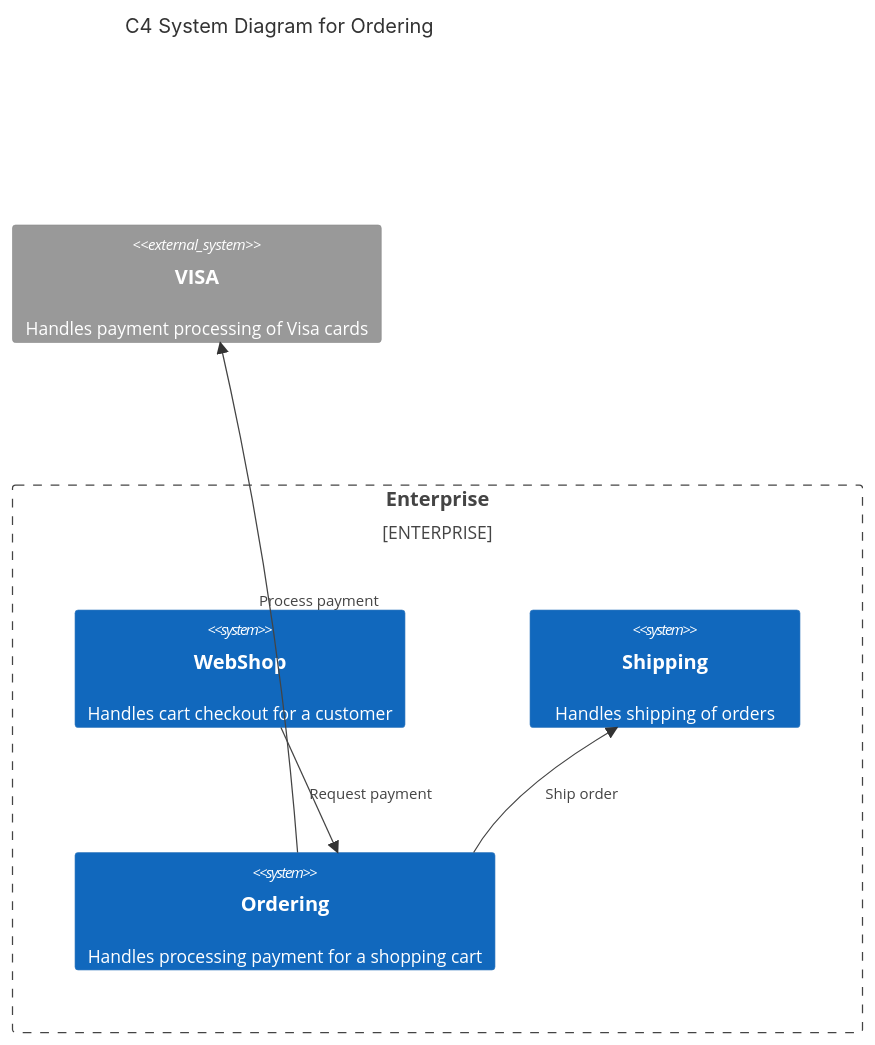
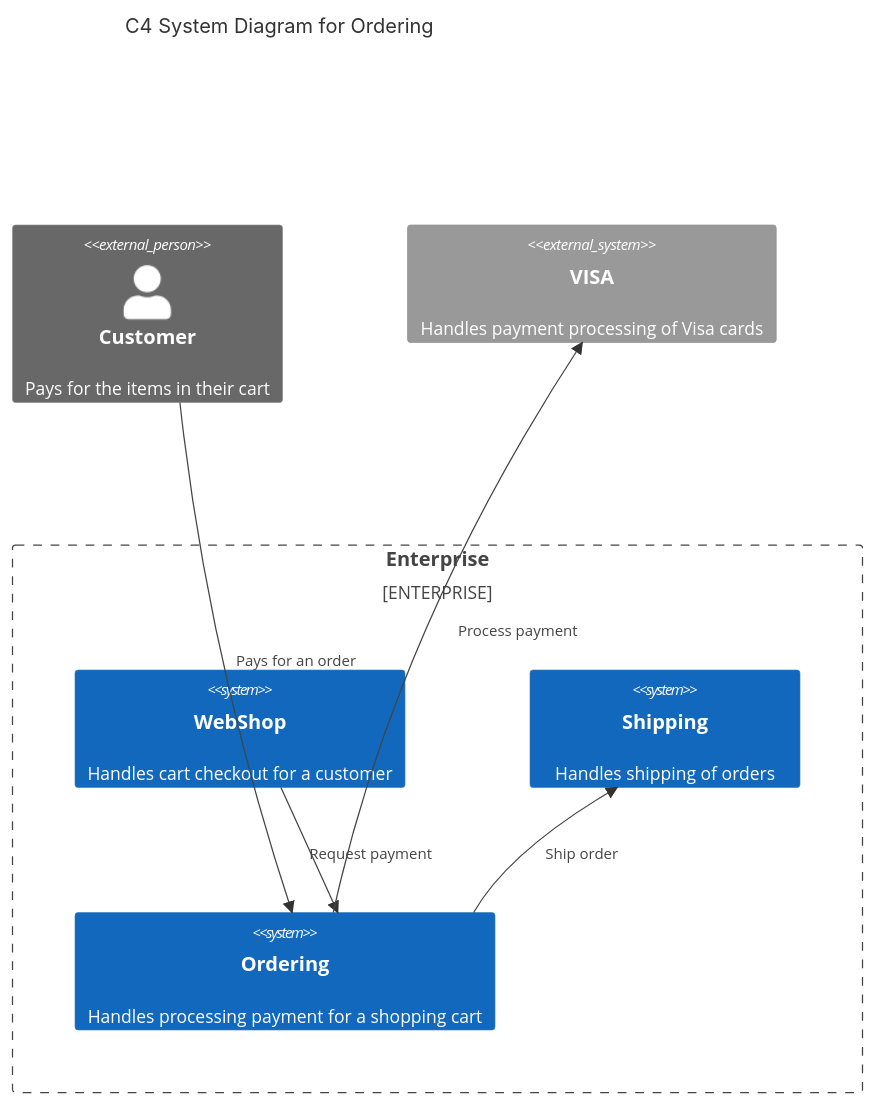
Before and after one commit to dburriss/haya-net: the first of 2 diagrams in examples/dotnet/Example/CRC.md, drawn with Mermaid. The commit also changed other lines of this file and 32 other files, not shown here.

````diff
--- a/examples/dotnet/Example/CRC.md
+++ b/examples/dotnet/Example/CRC.md
@@ -19,16 +20,18 @@
 ```mermaid
 C4Context
 title C4 System Diagram for Ordering
 
 Enterprise_Boundary(Enterprise, Enterprise, "The enterprise boundary") {
   System(webshop, WebShop, "Handles cart checkout for a customer")
   System(shipping, Shipping, "Handles shipping of orders")
   System(ordering, Ordering, "Handles processing payment for a shopping cart")
 }
+Person_Ext(person_customer, Customer, "Pays for the items in their cart")
 System_Ext(visa, VISA, "Handles payment processing of Visa cards")
 
 Rel(webshop, ordering, "Request payment")
 Rel(ordering, visa, "Process payment")
 Rel(ordering, shipping, "Ship order")
+Rel(person_customer, ordering, "Pays for an order")
 
 ```
````
